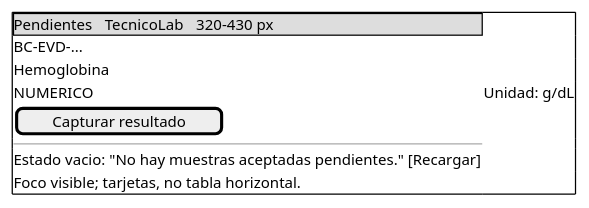
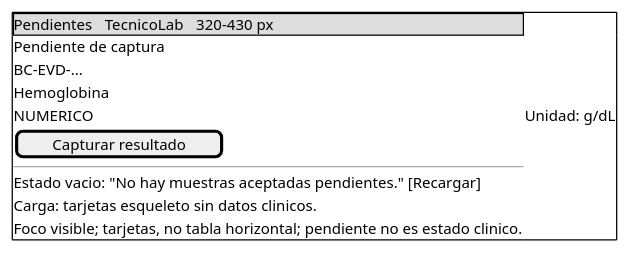
Before and after one commit to orem6/SistemaHospitalarioPersonal-keily: the diagram in docs/modulos/ingreso-resultados-laboratorio/semana-10/wireframes/01-pendientes-movil.puml, drawn with PlantUML. The commit also changed 10 other files, not shown here.

```diff
--- a/docs/modulos/ingreso-resultados-laboratorio/semana-10/wireframes/01-pendientes-movil.puml
+++ b/docs/modulos/ingreso-resultados-laboratorio/semana-10/wireframes/01-pendientes-movil.puml
@@ -1,12 +1,14 @@
 @startsalt
 {+
 {* Pendientes | TecnicoLab | 320-430 px }
+Pendiente de captura
 BC-EVD-...
 Hemoglobina
 NUMERICO | Unidad: g/dL
 [ Capturar resultado ]
 --
 Estado vacio: "No hay muestras aceptadas pendientes." [Recargar]
-Foco visible; tarjetas, no tabla horizontal.
+Carga: tarjetas esqueleto sin datos clinicos.
+Foco visible; tarjetas, no tabla horizontal; pendiente no es estado clinico.
 }
 @endsalt
```
